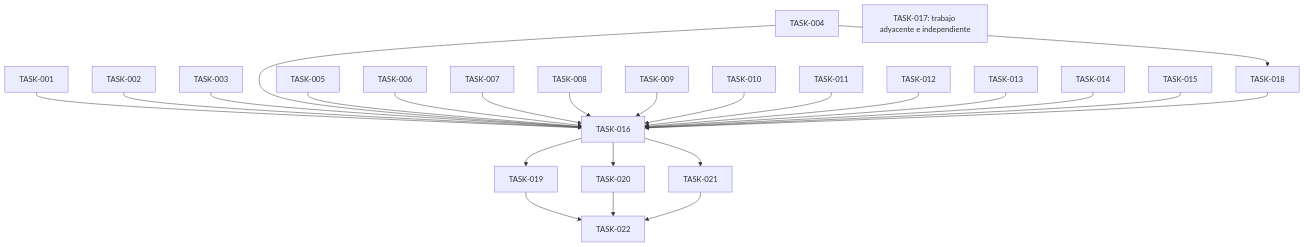
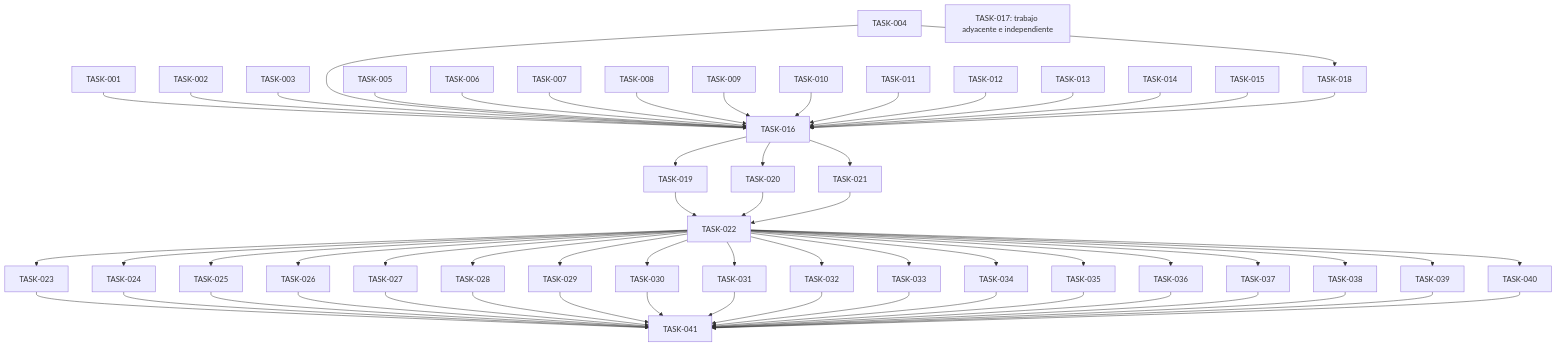
One commit to angelgarciasolorzano/social-hub changed the diagram in .ulpi/plans/soc-36-semantic-html-twofactor-trusteddevice/soc-36-semantic-html-twofactor-trusteddevice.md. Above: the diagram before and after it, drawn with Mermaid. The commit also changed other lines of this file and 1 other file, not shown here.

````diff
--- a/.ulpi/plans/soc-36-semantic-html-twofactor-trusteddevice/soc-36-semantic-html-twofactor-trusteddevice.md
+++ b/.ulpi/plans/soc-36-semantic-html-twofactor-trusteddevice/soc-36-semantic-html-twofactor-trusteddevice.md
@@ -642,26 +1149,63 @@
 ```mermaid
 flowchart TD
+  TASK-004 --> TASK-018
+  TASK-016 --> TASK-019
+  TASK-016 --> TASK-020
+  TASK-016 --> TASK-021
+  TASK-019 --> TASK-022
+  TASK-020 --> TASK-022
+  TASK-021 --> TASK-022
   TASK-001 --> TASK-016
   TASK-002 --> TASK-016
   TASK-003 --> TASK-016
   TASK-004 --> TASK-016
   TASK-005 --> TASK-016
   TASK-006 --> TASK-016
   TASK-007 --> TASK-016
   TASK-008 --> TASK-016
   TASK-009 --> TASK-016
   TASK-010 --> TASK-016
   TASK-011 --> TASK-016
   TASK-012 --> TASK-016
   TASK-013 --> TASK-016
   TASK-014 --> TASK-016
   TASK-015 --> TASK-016
-  TASK-004 --> TASK-018 --> TASK-016
-  TASK-016 --> TASK-019
-  TASK-016 --> TASK-020
-  TASK-016 --> TASK-021
-  TASK-019 --> TASK-022
-  TASK-020 --> TASK-022
-  TASK-021 --> TASK-022
+  TASK-018 --> TASK-016
+  TASK-022 --> TASK-023
+  TASK-022 --> TASK-024
+  TASK-022 --> TASK-025
+  TASK-022 --> TASK-026
+  TASK-022 --> TASK-027
+  TASK-022 --> TASK-028
+  TASK-022 --> TASK-029
+  TASK-022 --> TASK-030
+  TASK-022 --> TASK-031
+  TASK-022 --> TASK-032
+  TASK-022 --> TASK-033
+  TASK-022 --> TASK-034
+  TASK-022 --> TASK-035
+  TASK-022 --> TASK-036
+  TASK-022 --> TASK-037
+  TASK-022 --> TASK-038
+  TASK-022 --> TASK-039
+  TASK-022 --> TASK-040
+  TASK-023 --> TASK-041
+  TASK-024 --> TASK-041
+  TASK-025 --> TASK-041
+  TASK-026 --> TASK-041
+  TASK-027 --> TASK-041
+  TASK-028 --> TASK-041
+  TASK-029 --> TASK-041
+  TASK-030 --> TASK-041
+  TASK-031 --> TASK-041
+  TASK-032 --> TASK-041
+  TASK-033 --> TASK-041
+  TASK-034 --> TASK-041
+  TASK-035 --> TASK-041
+  TASK-036 --> TASK-041
+  TASK-037 --> TASK-041
+  TASK-038 --> TASK-041
+  TASK-039 --> TASK-041
+  TASK-040 --> TASK-041
   TASK-017["TASK-017: trabajo adyacente e independiente"]
 ```
````
